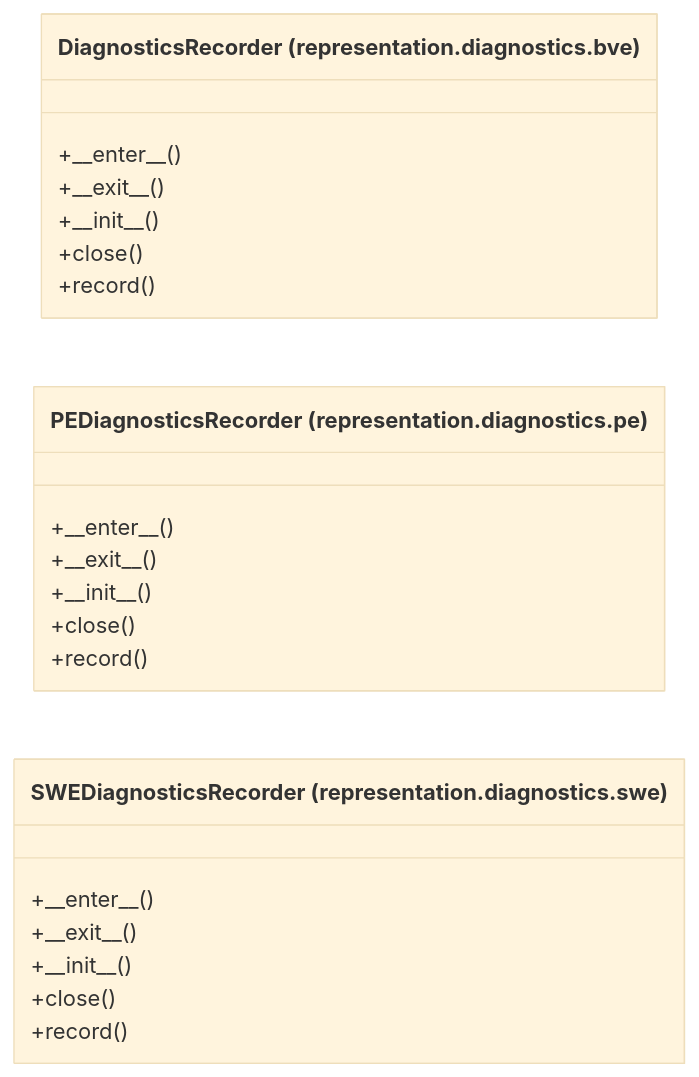
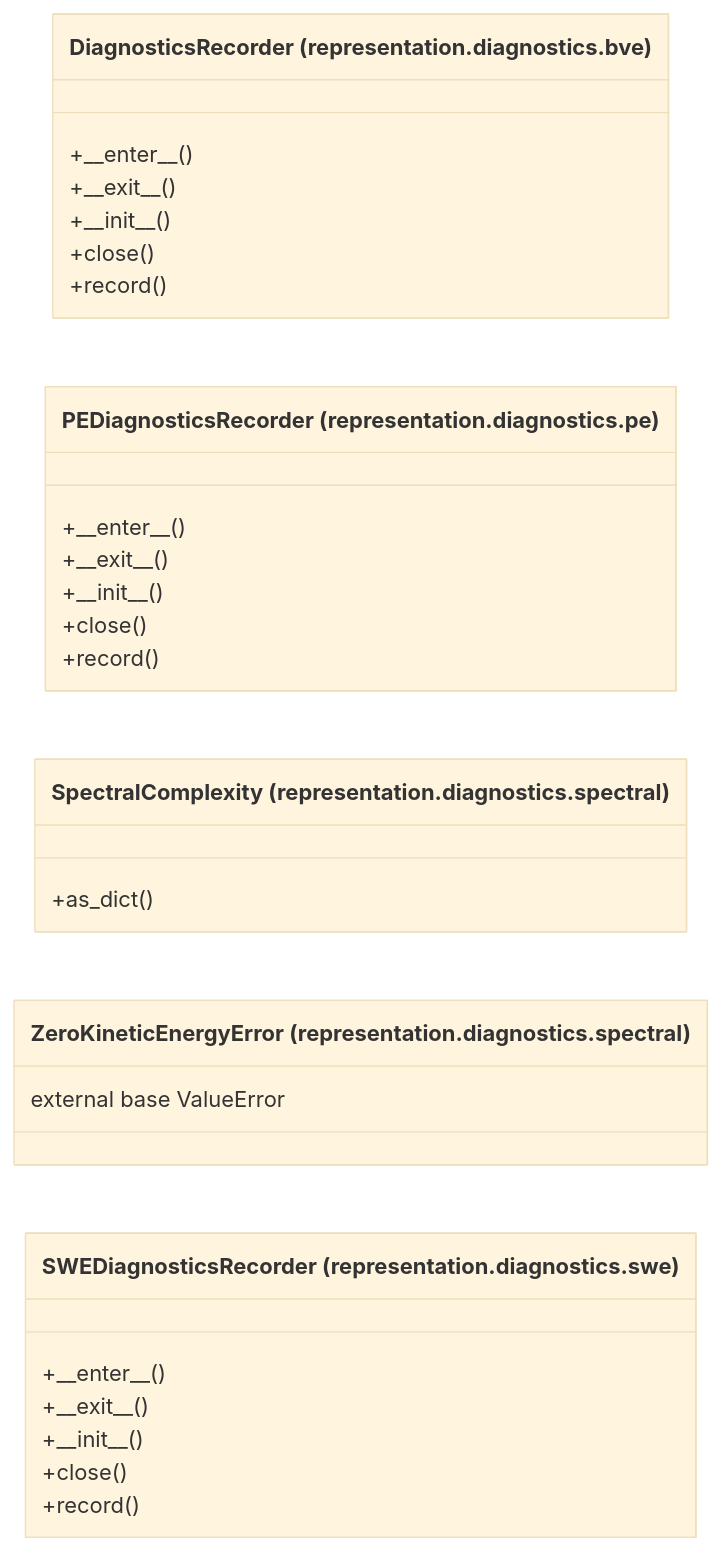
The diagram in docs/architecture/current/classes/tropoi.representation.diagnostics.mmd (AlexandreEros/Palintropos), drawn with Mermaid (base theme) before and after one commit. The commit also changed 10 other files, not shown here.

First line of the commit message:
feat(diagnostics): host spectral kinetic-energy modes and complexity

```diff
--- a/docs/architecture/current/classes/tropoi.representation.diagnostics.mmd
+++ b/docs/architecture/current/classes/tropoi.representation.diagnostics.mmd
@@ -1,22 +1,26 @@
 %% Generated by tools.architecture 1.0.0. Do not edit by hand.
 %% All classes defined in package tropoi.representation.diagnostics.
 classDiagram
     direction LR
     class c_tropoi_orepresentation_odiagnostics_obve_oDiagnosticsRecorder["DiagnosticsRecorder (representation.diagnostics.bve)"]
     c_tropoi_orepresentation_odiagnostics_obve_oDiagnosticsRecorder : +#95;#95;enter#95;#95;()
     c_tropoi_orepresentation_odiagnostics_obve_oDiagnosticsRecorder : +#95;#95;exit#95;#95;()
     c_tropoi_orepresentation_odiagnostics_obve_oDiagnosticsRecorder : +#95;#95;init#95;#95;()
     c_tropoi_orepresentation_odiagnostics_obve_oDiagnosticsRecorder : +close()
     c_tropoi_orepresentation_odiagnostics_obve_oDiagnosticsRecorder : +record()
     class c_tropoi_orepresentation_odiagnostics_ope_oPEDiagnosticsRecorder["PEDiagnosticsRecorder (representation.diagnostics.pe)"]
     c_tropoi_orepresentation_odiagnostics_ope_oPEDiagnosticsRecorder : +#95;#95;enter#95;#95;()
     c_tropoi_orepresentation_odiagnostics_ope_oPEDiagnosticsRecorder : +#95;#95;exit#95;#95;()
     c_tropoi_orepresentation_odiagnostics_ope_oPEDiagnosticsRecorder : +#95;#95;init#95;#95;()
     c_tropoi_orepresentation_odiagnostics_ope_oPEDiagnosticsRecorder : +close()
     c_tropoi_orepresentation_odiagnostics_ope_oPEDiagnosticsRecorder : +record()
+    class c_tropoi_orepresentation_odiagnostics_ospectral_oSpectralComplexity["SpectralComplexity (representation.diagnostics.spectral)"]
+    c_tropoi_orepresentation_odiagnostics_ospectral_oSpectralComplexity : +as#95;dict()
+    class c_tropoi_orepresentation_odiagnostics_ospectral_oZeroKineticEnergyError["ZeroKineticEnergyError (representation.diagnostics.spectral)"]
+    c_tropoi_orepresentation_odiagnostics_ospectral_oZeroKineticEnergyError : external base ValueError
     class c_tropoi_orepresentation_odiagnostics_oswe_oSWEDiagnosticsRecorder["SWEDiagnosticsRecorder (representation.diagnostics.swe)"]
     c_tropoi_orepresentation_odiagnostics_oswe_oSWEDiagnosticsRecorder : +#95;#95;enter#95;#95;()
     c_tropoi_orepresentation_odiagnostics_oswe_oSWEDiagnosticsRecorder : +#95;#95;exit#95;#95;()
     c_tropoi_orepresentation_odiagnostics_oswe_oSWEDiagnosticsRecorder : +#95;#95;init#95;#95;()
     c_tropoi_orepresentation_odiagnostics_oswe_oSWEDiagnosticsRecorder : +close()
     c_tropoi_orepresentation_odiagnostics_oswe_oSWEDiagnosticsRecorder : +record()
```
